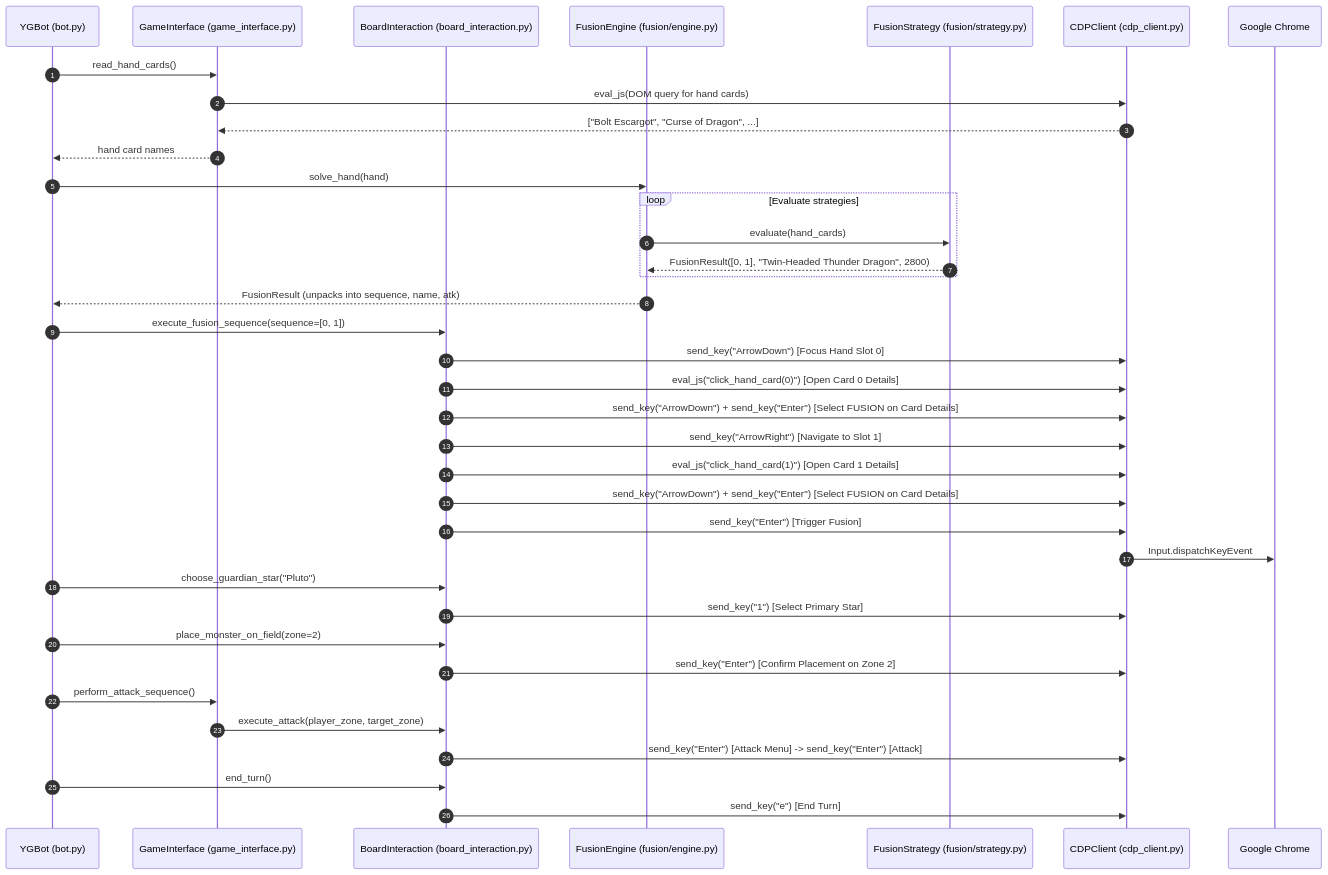
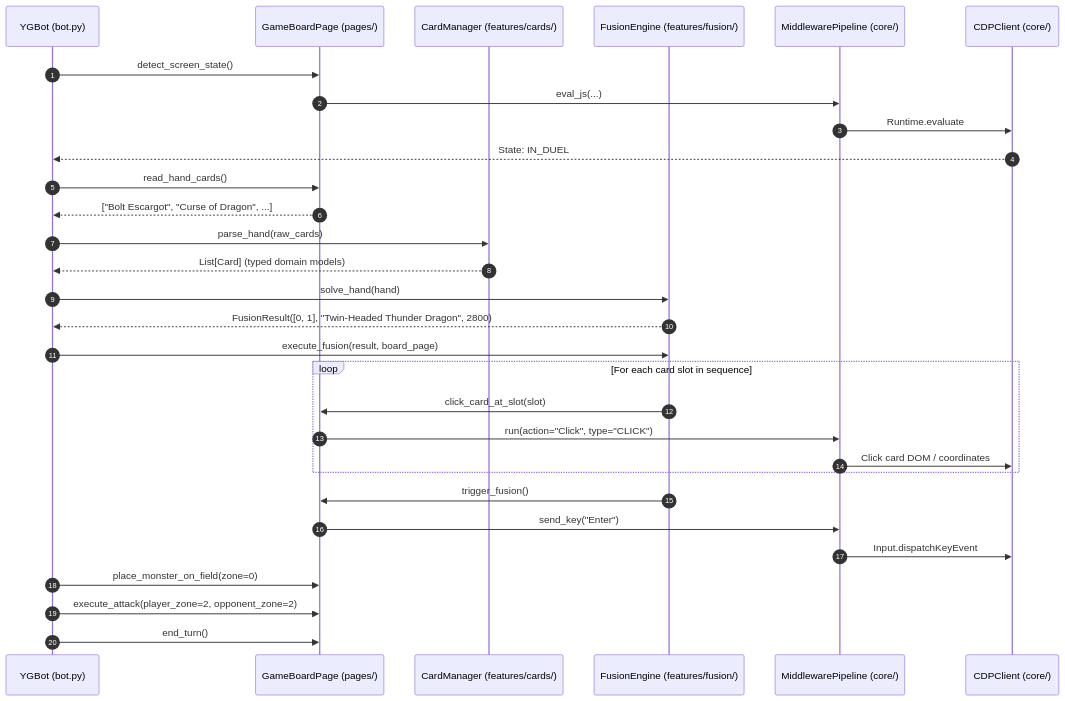
The second of 3 diagrams in CODE_ARCHITECTURE.md (paulowinw/ygofm_bot), drawn with Mermaid before and after one commit. The commit also changed other lines of this file and 93 other files, not shown here.

Commit message:
Refactoring the project structure to use Adapted Page Object Model as the main architecture

````diff
--- a/CODE_ARCHITECTURE.md
+++ b/CODE_ARCHITECTURE.md
@@ -230,46 +108,37 @@
 ```mermaid
 sequenceDiagram
     autonumber
     participant Bot as YGBot (bot.py)
-    participant Game as GameInterface (game_interface.py)
-    participant Board as BoardInteraction (board_interaction.py)
-    participant Engine as FusionEngine (fusion/engine.py)
-    participant Strategy as FusionStrategy (fusion/strategy.py)
-    participant CDP as CDPClient (cdp_client.py)
-    participant Chrome as Google Chrome
+    participant Page as GameBoardPage (pages/)
+    participant CardMgr as CardManager (features/cards/)
+    participant Engine as FusionEngine (features/fusion/)
+    participant Pipe as MiddlewarePipeline (core/)
+    participant CDP as CDPClient (core/)
 
-    Bot->>Game: read_hand_cards()
-    Game->>CDP: eval_js(DOM query for hand cards)
-    CDP-->>Game: ["Bolt Escargot", "Curse of Dragon", ...]
-    Game-->>Bot: hand card names
+    Bot->>Page: detect_screen_state()
+    Page->>Pipe: eval_js(...)
+    Pipe->>CDP: Runtime.evaluate
+    CDP-->>Bot: State: IN_DUEL
+
+    Bot->>Page: read_hand_cards()
+    Page-->>Bot: ["Bolt Escargot", "Curse of Dragon", ...]
+    Bot->>CardMgr: parse_hand(raw_cards)
+    CardMgr-->>Bot: List[Card] (typed domain models)
 
     Bot->>Engine: solve_hand(hand)
-    loop Evaluate strategies
-        Engine->>Strategy: evaluate(hand_cards)
-        Strategy-->>Engine: FusionResult([0, 1], "Twin-Headed Thunder Dragon", 2800)
+    Engine-->>Bot: FusionResult([0, 1], "Twin-Headed Thunder Dragon", 2800)
+
+    Bot->>Engine: execute_fusion(result, board_page)
+    loop For each card slot in sequence
+        Engine->>Page: click_card_at_slot(slot)
+        Page->>Pipe: run(action="Click", type="CLICK")
+        Pipe->>CDP: Click card DOM / coordinates
     end
-    Engine-->>Bot: FusionResult (unpacks into sequence, name, atk)
+    Engine->>Page: trigger_fusion()
+    Page->>Pipe: send_key("Enter")
+    Pipe->>CDP: Input.dispatchKeyEvent
 
-    Bot->>Board: execute_fusion_sequence(sequence=[0, 1])
-    Board->>CDP: send_key("ArrowDown") [Focus Hand Slot 0]
-    Board->>CDP: eval_js("click_hand_card(0)") [Open Card 0 Details]
-    Board->>CDP: send_key("ArrowDown") + send_key("Enter") [Select FUSION on Card Details]
-    Board->>CDP: send_key("ArrowRight") [Navigate to Slot 1]
-    Board->>CDP: eval_js("click_hand_card(1)") [Open Card 1 Details]
-    Board->>CDP: send_key("ArrowDown") + send_key("Enter") [Select FUSION on Card Details]
-    Board->>CDP: send_key("Enter") [Trigger Fusion]
-    CDP->>Chrome: Input.dispatchKeyEvent
-
-    Bot->>Board: choose_guardian_star("Pluto")
-    Board->>CDP: send_key("1") [Select Primary Star]
-
-    Bot->>Board: place_monster_on_field(zone=2)
-    Board->>CDP: send_key("Enter") [Confirm Placement on Zone 2]
-
-    Bot->>Game: perform_attack_sequence()
-    Game->>Board: execute_attack(player_zone, target_zone)
-    Board->>CDP: send_key("Enter") [Attack Menu] -> send_key("Enter") [Attack]
-
-    Bot->>Board: end_turn()
-    Board->>CDP: send_key("e") [End Turn]
+    Bot->>Page: place_monster_on_field(zone=0)
+    Bot->>Page: execute_attack(player_zone=2, opponent_zone=2)
+    Bot->>Page: end_turn()
 ```
````
